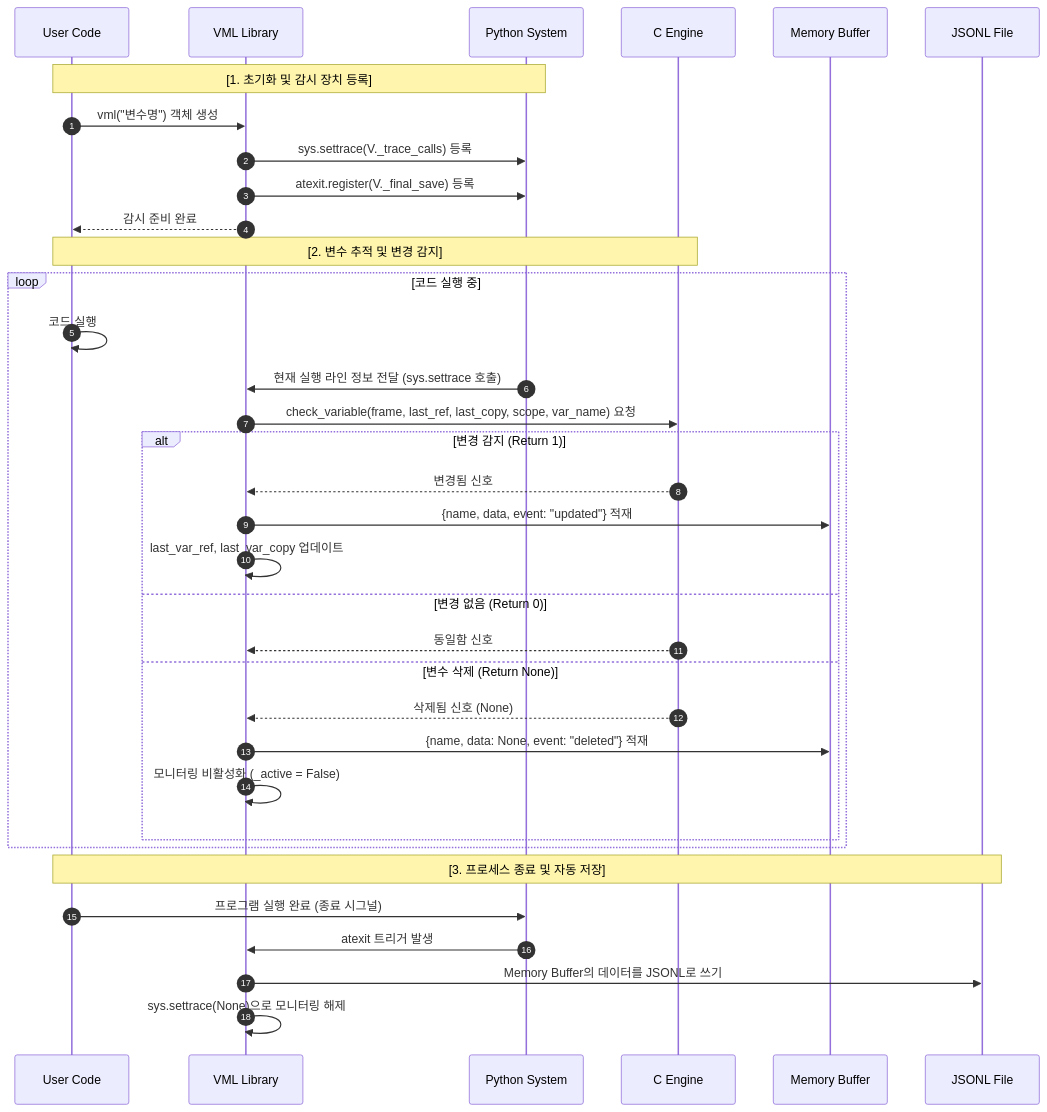
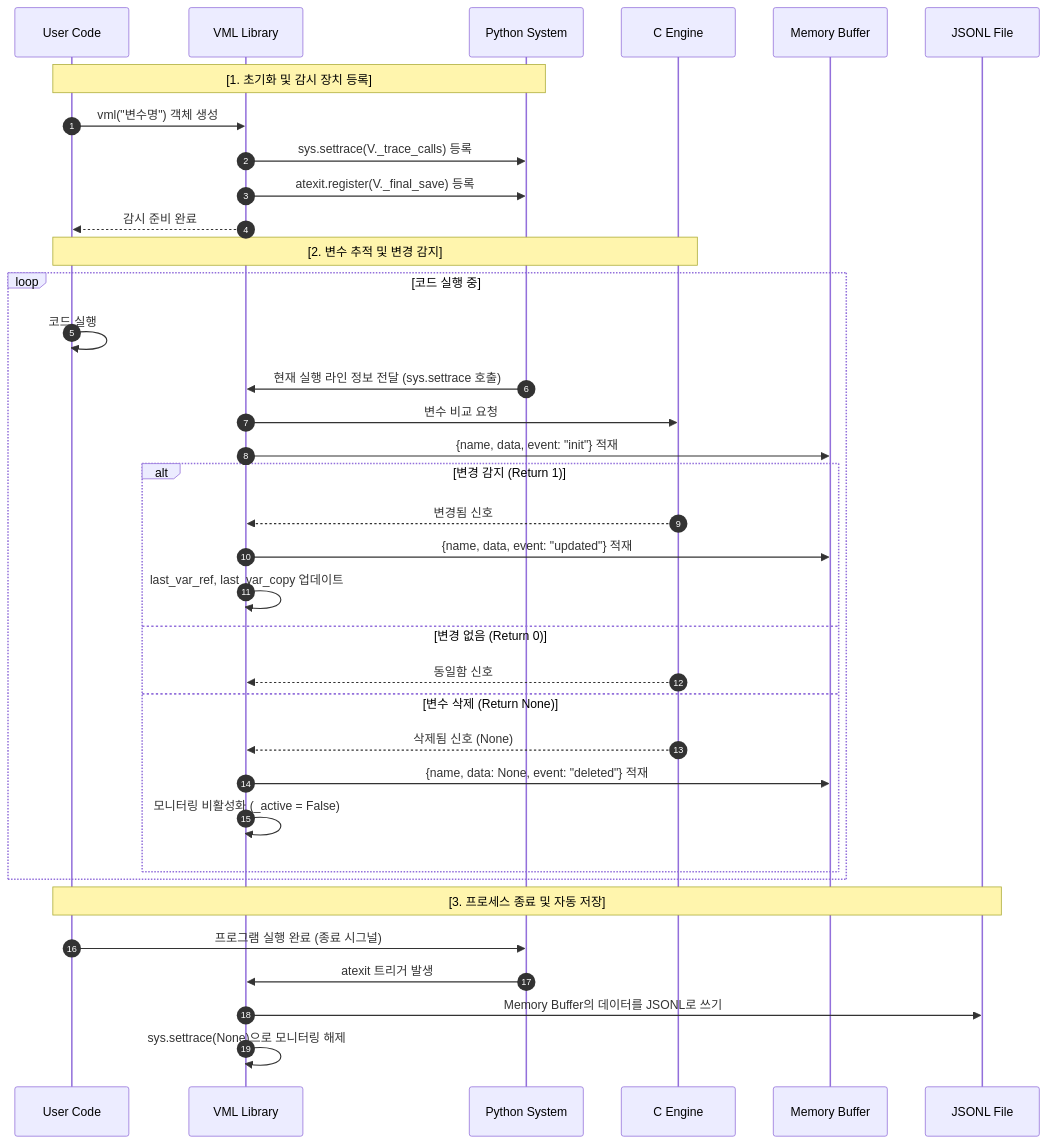
The diagram in README.md (sdkurjnk/VariableMonitoringLogger), drawn with Mermaid before and after one commit.

Commit message:
README.md was edited.

````diff
--- a/README.md
+++ b/README.md
@@ -59,43 +59,44 @@
 ```mermaid
 sequenceDiagram
     autonumber
 
     participant U as User Code
     participant V as VML Library
     participant S as Python System
     participant C as C Engine
     participant B as Memory Buffer
     participant F as JSONL File
 
     Note over U, S: [1. 초기화 및 감시 장치 등록]
     U->>V: vml("변수명") 객체 생성
     V->>S: sys.settrace(V._trace_calls) 등록
     V->>S: atexit.register(V._final_save) 등록
     V-->>U: 감시 준비 완료
 
     Note over U, C: [2. 변수 추적 및 변경 감지]
     loop 코드 실행 중
-		    U->>U: 코드 실행
+		U->>U: 코드 실행
         S->>V: 현재 실행 라인 정보 전달 (sys.settrace 호출)
-        V->>C: check_variable(frame, last_ref, last_copy, scope, var_name) 요청
+        V->>C: 변수 비교 요청
+        V->>B: {name, data, event: "init"} 적재
         
         alt 변경 감지 (Return 1)
             C-->>V: 변경됨 신호
             V->>B: {name, data, event: "updated"} 적재
             V->>V: last_var_ref, last_var_copy 업데이트
         else 변경 없음 (Return 0)
             C-->>V: 동일함 신호
         else 변수 삭제 (Return None)
             C-->>V: 삭제됨 신호 (None)
             V->>B: {name, data: None, event: "deleted"} 적재
             V->>V: 모니터링 비활성화 (_active = False)
         end
     end
 
     Note over U, F: [3. 프로세스 종료 및 자동 저장]
     U->>S: 프로그램 실행 완료 (종료 시그널)
     S->>V: atexit 트리거 발생
     V->>F: Memory Buffer의 데이터를 JSONL로 쓰기
     V->>V: sys.settrace(None)으로 모니터링 해제
 
 ```
````
